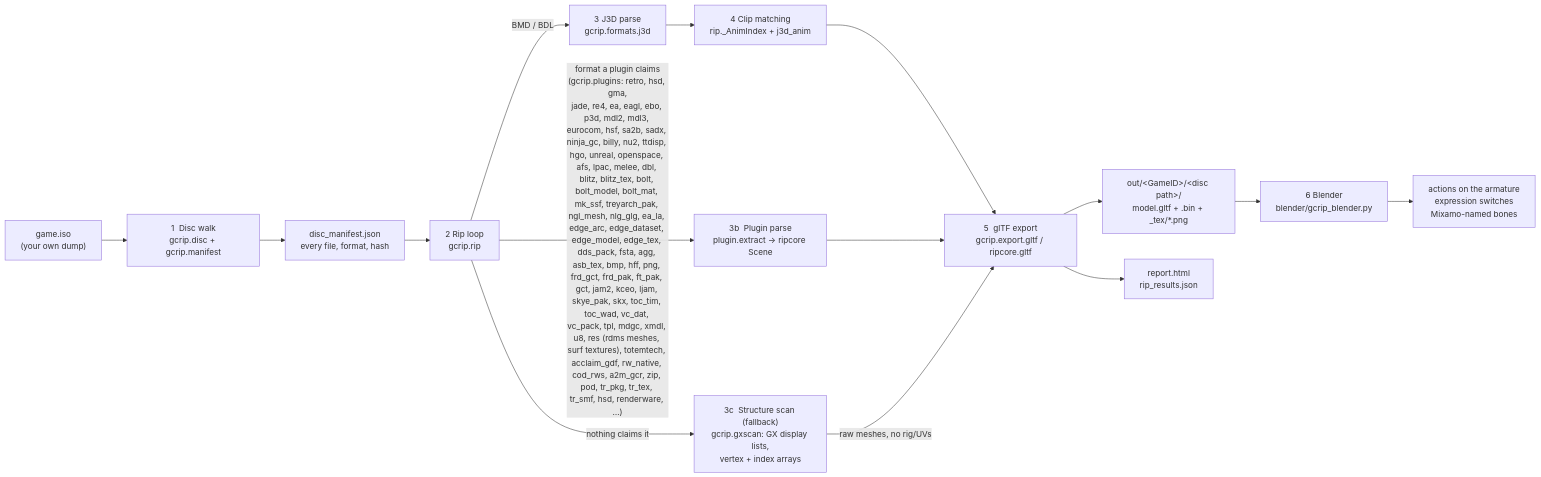
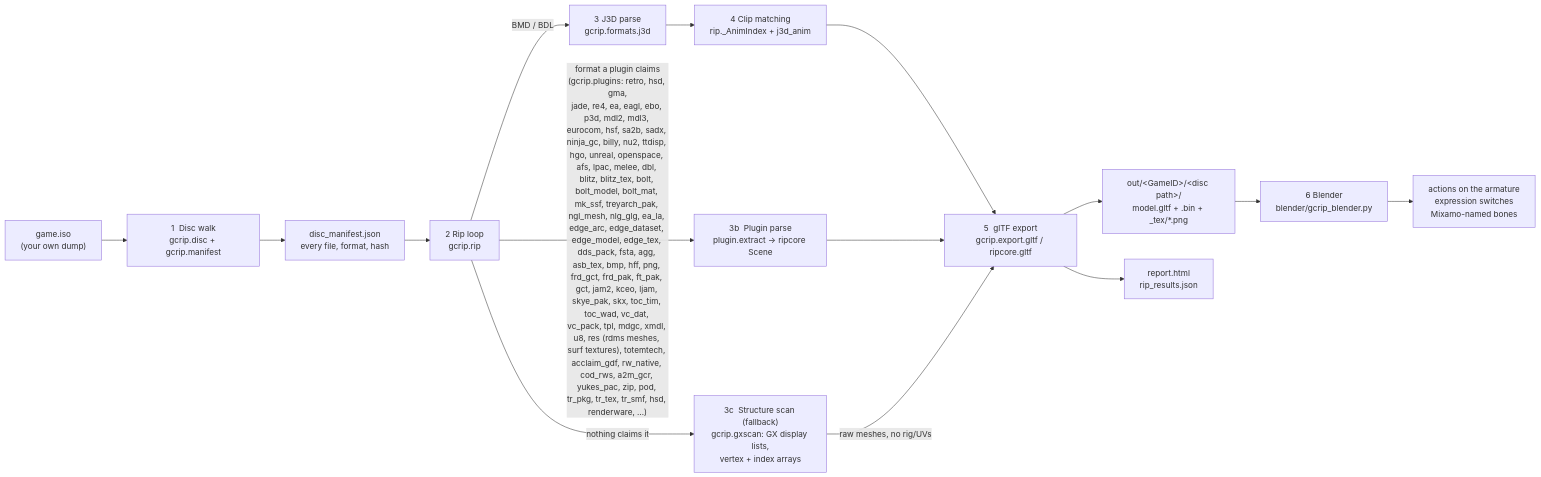
Before and after one commit to Felbs/3d-ripper-9000: the first of 10 diagrams in docs/PIPELINE.md, drawn with Mermaid. The commit also changed 5 other files, not shown here.

First line of the commit message:
gcrip yukes_pac: Yuke's .pac/.tex packs (WWE Day of Reckoning 1-2, WrestleMania XIX) as containers - the .tex TPL entries rip; YOBJ model notes in OPEN.md

````diff
--- a/docs/PIPELINE.md
+++ b/docs/PIPELINE.md
@@ -11,17 +11,17 @@
 ```mermaid
 flowchart LR
     ISO["game.iso<br/>(your own dump)"] --> WALK["1  Disc walk<br/>gcrip.disc + gcrip.manifest"]
     WALK --> MAN["disc_manifest.json<br/>every file, format, hash"]
     MAN --> RIP["2  Rip loop<br/>gcrip.rip"]
     RIP -->|"BMD / BDL"| J3D["3  J3D parse<br/>gcrip.formats.j3d"]
-    RIP -->|"format a plugin claims<br/>(gcrip.plugins: retro, hsd, gma,<br/>jade, re4, ea, eagl, ebo, p3d, mdl2, mdl3, eurocom, hsf, sa2b, sadx, ninja_gc, billy, nu2, ttdisp, hgo, unreal, openspace, afs, lpac, melee, dbl, blitz, blitz_tex, bolt, bolt_model, bolt_mat, mk_ssf, treyarch_pak, ngl_mesh, nlg_glg, ea_la, edge_arc, edge_dataset, edge_model, edge_tex, dds_pack, fsta, agg, asb_tex, bmp, hff, png, frd_gct, frd_pak, ft_pak, gct, jam2, kceo, ljam, skye_pak, skx, toc_tim, toc_wad, vc_dat, vc_pack, tpl, mdgc, xmdl, u8, res (rdms meshes, surf textures), totemtech, acclaim_gdf, rw_native, cod_rws, a2m_gcr, zip, pod, tr_pkg, tr_tex, tr_smf, hsd, renderware, …)"| PLUG["3b  Plugin parse<br/>plugin.extract → ripcore Scene"]
+    RIP -->|"format a plugin claims<br/>(gcrip.plugins: retro, hsd, gma,<br/>jade, re4, ea, eagl, ebo, p3d, mdl2, mdl3, eurocom, hsf, sa2b, sadx, ninja_gc, billy, nu2, ttdisp, hgo, unreal, openspace, afs, lpac, melee, dbl, blitz, blitz_tex, bolt, bolt_model, bolt_mat, mk_ssf, treyarch_pak, ngl_mesh, nlg_glg, ea_la, edge_arc, edge_dataset, edge_model, edge_tex, dds_pack, fsta, agg, asb_tex, bmp, hff, png, frd_gct, frd_pak, ft_pak, gct, jam2, kceo, ljam, skye_pak, skx, toc_tim, toc_wad, vc_dat, vc_pack, tpl, mdgc, xmdl, u8, res (rdms meshes, surf textures), totemtech, acclaim_gdf, rw_native, cod_rws, a2m_gcr, yukes_pac, zip, pod, tr_pkg, tr_tex, tr_smf, hsd, renderware, …)"| PLUG["3b  Plugin parse<br/>plugin.extract → ripcore Scene"]
     RIP -->|"nothing claims it"| GX["3c  Structure scan (fallback)<br/>gcrip.gxscan: GX display lists,<br/>vertex + index arrays"]
     J3D --> ANIM["4  Clip matching<br/>rip._AnimIndex + j3d_anim"]
     ANIM --> GLTF["5  glTF export<br/>gcrip.export.gltf / ripcore.gltf"]
     PLUG --> GLTF
     GX -->|"raw meshes, no rig/UVs"| GLTF
     GLTF --> OUT["out/&lt;GameID&gt;/&lt;disc path&gt;/<br/>model.gltf + .bin + _tex/*.png"]
     GLTF --> REP["report.html<br/>rip_results.json"]
     OUT --> BL["6  Blender<br/>blender/gcrip_blender.py"]
     BL --> PLAY["actions on the armature<br/>expression switches<br/>Mixamo-named bones"]
 ```
````
